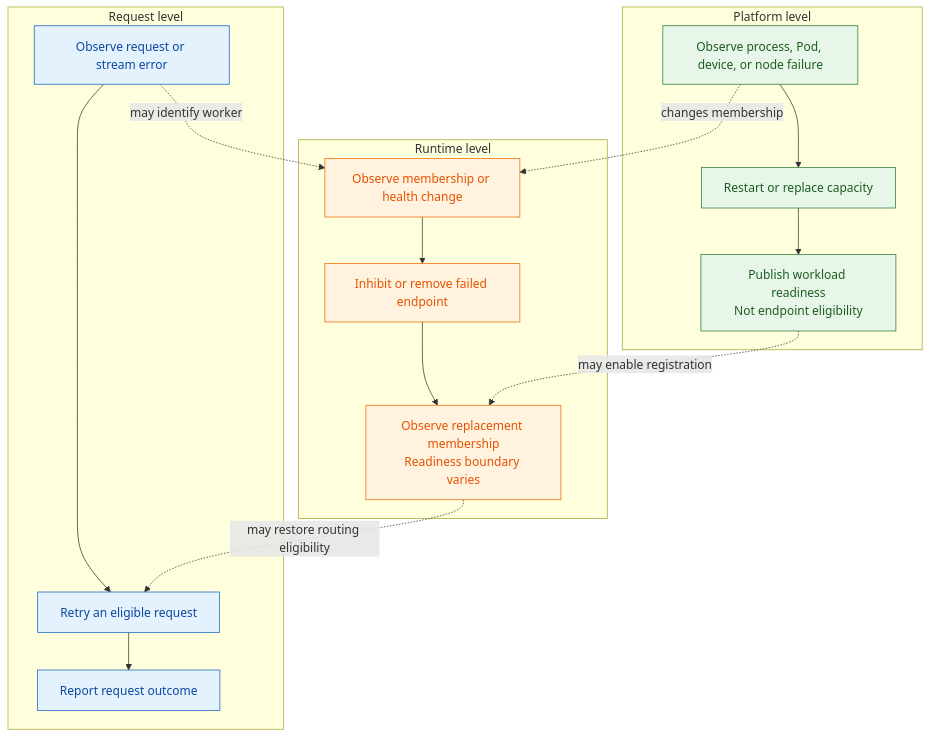
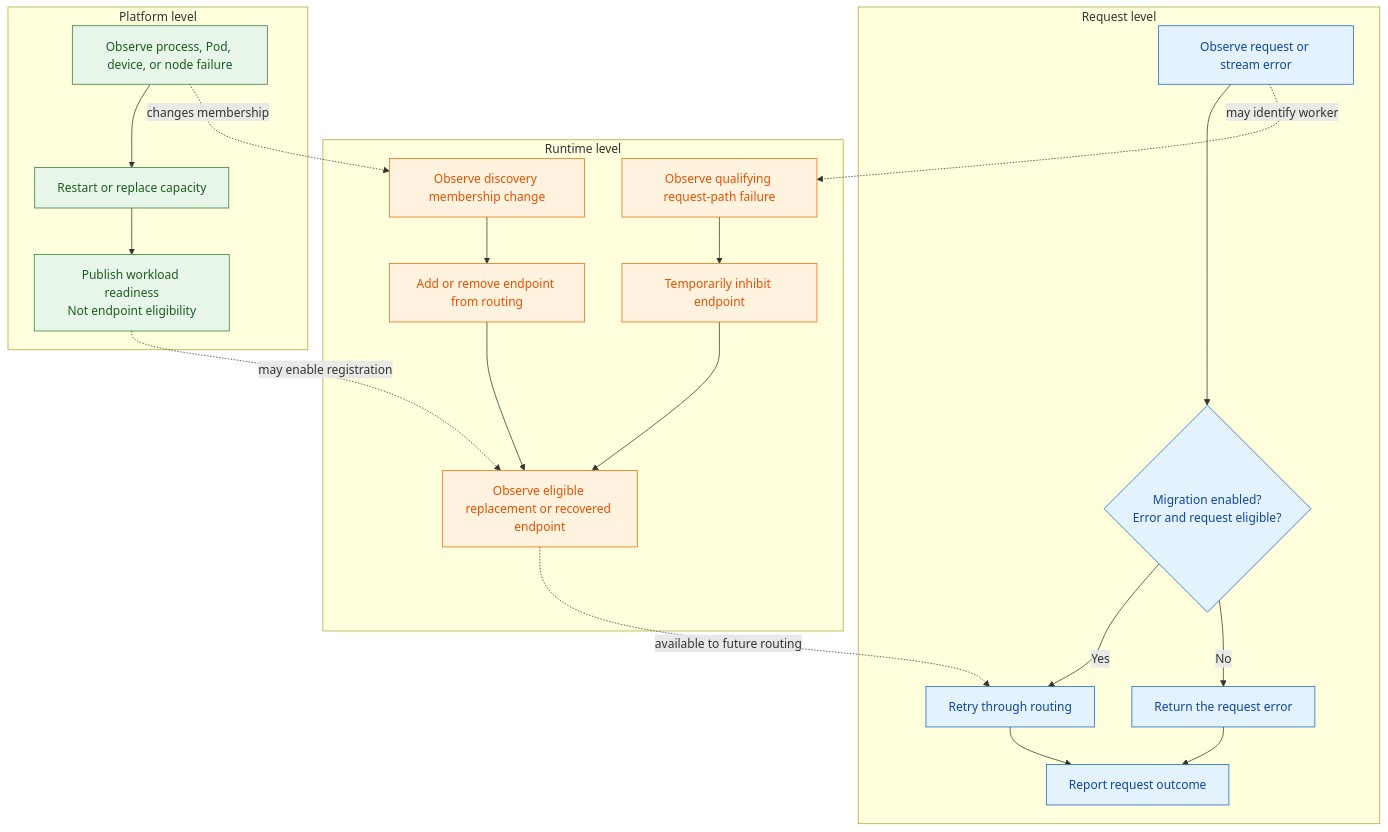
One commit to ai-dynamo/dynamo changed the third of 3 diagrams in docs/fern/pages/developer-guide/knowledge-base/concepts/fault-tolerance/fault-tolerance-architecture.md. Above: the diagram before and after it, drawn with Mermaid. The commit also changed other lines of this file, not shown here.

Commit message:
docs(fault-tolerance): tighten failure ownership

````diff
--- a/docs/fern/pages/developer-guide/knowledge-base/concepts/fault-tolerance/fault-tolerance-architecture.md
+++ b/docs/fern/pages/developer-guide/knowledge-base/concepts/fault-tolerance/fault-tolerance-architecture.md
@@ -94,31 +100,40 @@
 ```mermaid
 flowchart TB
        classDef request fill:#E3F2FD,stroke:#1565C0,color:#0D47A1
        classDef runtime fill:#FFF3E0,stroke:#EF6C00,color:#E65100
        classDef platform fill:#E8F5E9,stroke:#2E7D32,color:#1B5E20
        subgraph Request["Request level"]
            RequestError["Observe request or stream error"]
-           Migrate["Retry an eligible request"]
+           Eligible{"Migration enabled?<br/>Error and request eligible?"}
+           Migrate["Retry through routing"]
+           Fail["Return the request error"]
            RequestOutcome["Report request outcome"]
-           RequestError --> Migrate --> RequestOutcome
+           RequestError --> Eligible
+           Eligible -->|Yes| Migrate
+           Migrate --> RequestOutcome
+           Eligible -->|No| Fail
+           Fail --> RequestOutcome
        end
        subgraph Runtime["Runtime level"]
-           Membership["Observe membership or health change"]
-           Inhibit["Inhibit or remove failed endpoint"]
-           Rejoin["Observe replacement membership<br/>Readiness boundary varies"]
-           Membership --> Inhibit --> Rejoin
+           Membership["Observe discovery membership change"]
+           Remove["Add or remove endpoint from routing"]
+           PathFailure["Observe qualifying request-path failure"]
+           Inhibit["Temporarily inhibit endpoint"]
+           EligibleEndpoint["Observe eligible replacement or recovered endpoint"]
+           Membership --> Remove --> EligibleEndpoint
+           PathFailure --> Inhibit --> EligibleEndpoint
        end
        subgraph Platform["Platform level"]
            WorkloadFailure["Observe process, Pod, device, or node failure"]
            Replace["Restart or replace capacity"]
            Ready["Publish workload readiness<br/>Not endpoint eligibility"]
            WorkloadFailure --> Replace --> Ready
        end
-       RequestError -. may identify worker .-> Membership
+       RequestError -. may identify worker .-> PathFailure
        WorkloadFailure -. changes membership .-> Membership
-       Ready -. may enable registration .-> Rejoin
-       Rejoin -. may restore routing eligibility .-> Migrate
-       class RequestError,Migrate,RequestOutcome request
-       class Membership,Inhibit,Rejoin runtime
+       Ready -. may enable registration .-> EligibleEndpoint
+       EligibleEndpoint -. available to future routing .-> Migrate
+       class RequestError,Eligible,Migrate,Fail,RequestOutcome request
+       class Membership,Remove,PathFailure,Inhibit,EligibleEndpoint runtime
        class WorkloadFailure,Replace,Ready platform
 ```
````
